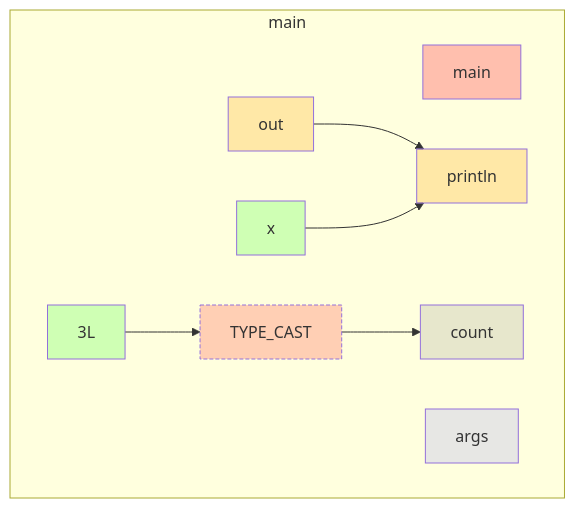
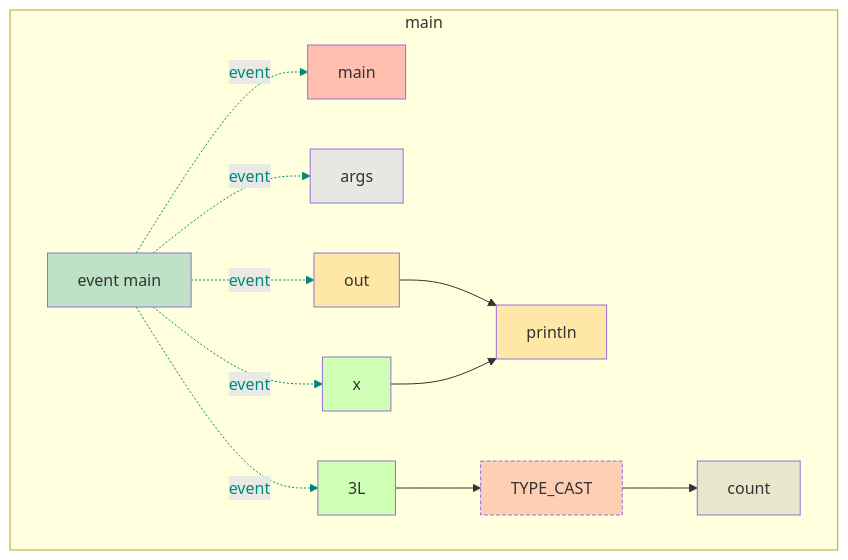
One commit to gstiebler/codeflow changed the diagram in app/src/test/resources/unsupported/snapshot.md. Above: the diagram before and after it, drawn with Mermaid. The commit also changed 77 other files, not shown here.

````diff
--- a/app/src/test/resources/unsupported/snapshot.md
+++ b/app/src/test/resources/unsupported/snapshot.md
@@ -1,24 +1,36 @@
 ```mermaid
 flowchart TD
   subgraph b0["main"]
-    n1[main]:::RETURN
-    n2[args]:::FUNC_PARAM
-    n3[out]:::EXTERNAL
-    n4["x"]:::LITERAL
-    n5[println]:::EXTERNAL
-    n6[3L]:::LITERAL
-    n7[TYPE_CAST]:::UNMODELLED
-    n8[count]:::VARIABLE
-    n3[out]:::EXTERNAL --> n5[println]:::EXTERNAL
-    n4["x"]:::LITERAL --> n5[println]:::EXTERNAL
-    n6[3L]:::LITERAL --> n7[TYPE_CAST]:::UNMODELLED
-    n7[TYPE_CAST]:::UNMODELLED --> n8[count]:::VARIABLE
+    n1[event main]:::EVENT
+    n2[main]:::RETURN
+    n3[args]:::FUNC_PARAM
+    n4[out]:::EXTERNAL
+    n5["x"]:::LITERAL
+    n6[println]:::EXTERNAL
+    n7[3L]:::LITERAL
+    n8[TYPE_CAST]:::UNMODELLED
+    n9[count]:::VARIABLE
+    n1[event main]:::EVENT -. event .-> n2[main]:::RETURN
+    n1[event main]:::EVENT -. event .-> n3[args]:::FUNC_PARAM
+    n1[event main]:::EVENT -. event .-> n4[out]:::EXTERNAL
+    n1[event main]:::EVENT -. event .-> n5["x"]:::LITERAL
+    n1[event main]:::EVENT -. event .-> n7[3L]:::LITERAL
+    n4[out]:::EXTERNAL --> n6[println]:::EXTERNAL
+    n5["x"]:::LITERAL --> n6[println]:::EXTERNAL
+    n7[3L]:::LITERAL --> n8[TYPE_CAST]:::UNMODELLED
+    n8[TYPE_CAST]:::UNMODELLED --> n9[count]:::VARIABLE
   end
+  linkStyle 0 stroke:#00897b,color:#00897b
+  linkStyle 1 stroke:#00897b,color:#00897b
+  linkStyle 2 stroke:#00897b,color:#00897b
+  linkStyle 3 stroke:#00897b,color:#00897b
+  linkStyle 4 stroke:#00897b,color:#00897b
   classDef LITERAL fill:#00FF0030
   classDef VARIABLE fill:#80808030
   classDef BIN_OP fill:#80808080
   classDef FUNC_PARAM fill:#8080FF30
   classDef RETURN fill:#FF808080
   classDef EXTERNAL fill:#FFA50040
   classDef UNMODELLED fill:#FF000030,stroke-dasharray: 4 2
+  classDef EVENT fill:#00897B40
 ```
````
